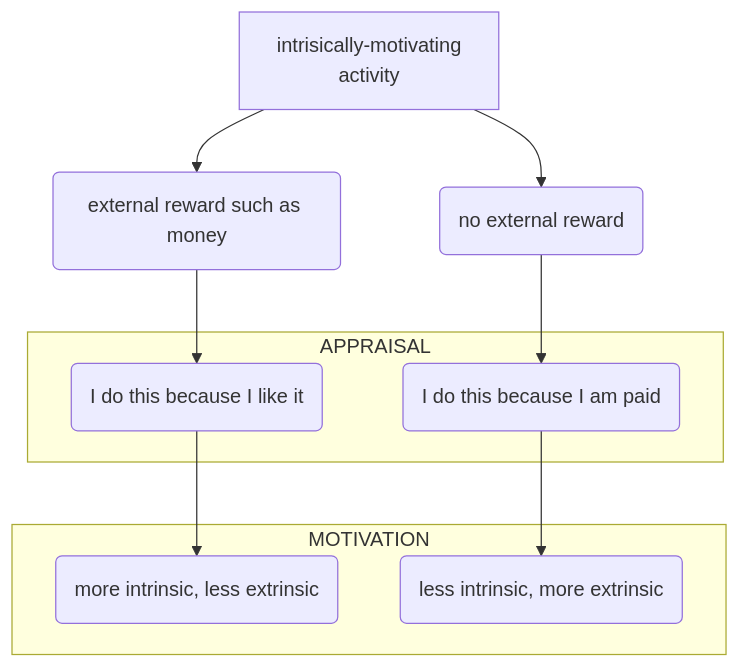
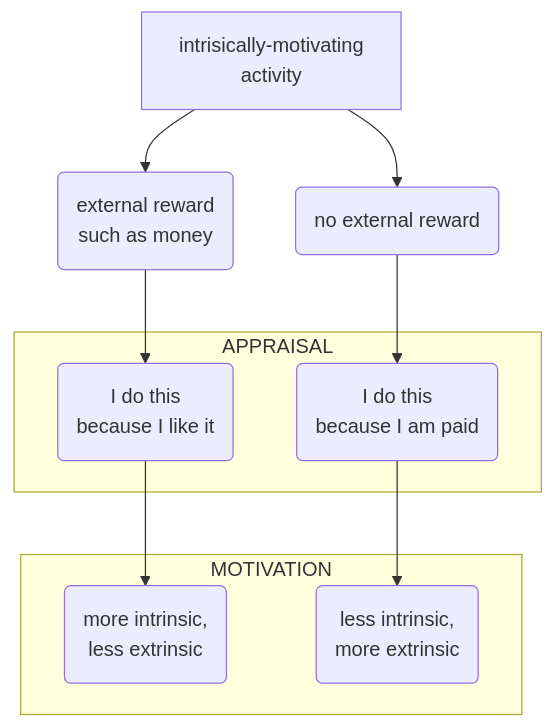
The second of 8 diagrams in JXHC_1055/02.md (GermanoGallicchio/learning), drawn with Mermaid before and after one commit. The commit also changed other lines of this file, not shown here.

```diff
--- a/JXHC_1055/02.md
+++ b/JXHC_1055/02.md
@@ -175,27 +176,38 @@
 <div class="mermaid" style="display: flex; justify-content: center">
 flowchart TD
     A["`intrisically-motivating
     activity`"]
-    R(external reward such as money)
-    R2(I do this because I like it)
-    R3(more intrinsic, less extrinsic)
+
+    R("`external reward 
+    such as money`")
+
+    R2("`I do this 
+    because I like it`")
+
+    R3("`more intrinsic, 
+    less extrinsic`")
+
     N(no external reward)
-    N2(I do this because I am paid)
-    N3(less intrinsic, more extrinsic)
+
+    N2("`I do this 
+    because I am paid`")
+
+    N3("`less intrinsic, 
+    more extrinsic`")
     
 
     subgraph APPRAISAL
     R2
     N2
     end
 
     subgraph MOTIVATION
     R3
     N3
     end
 
     A --> R  --> R2 --> R3
     A --> N  --> N2 --> N3
 
         
 </div>
```
